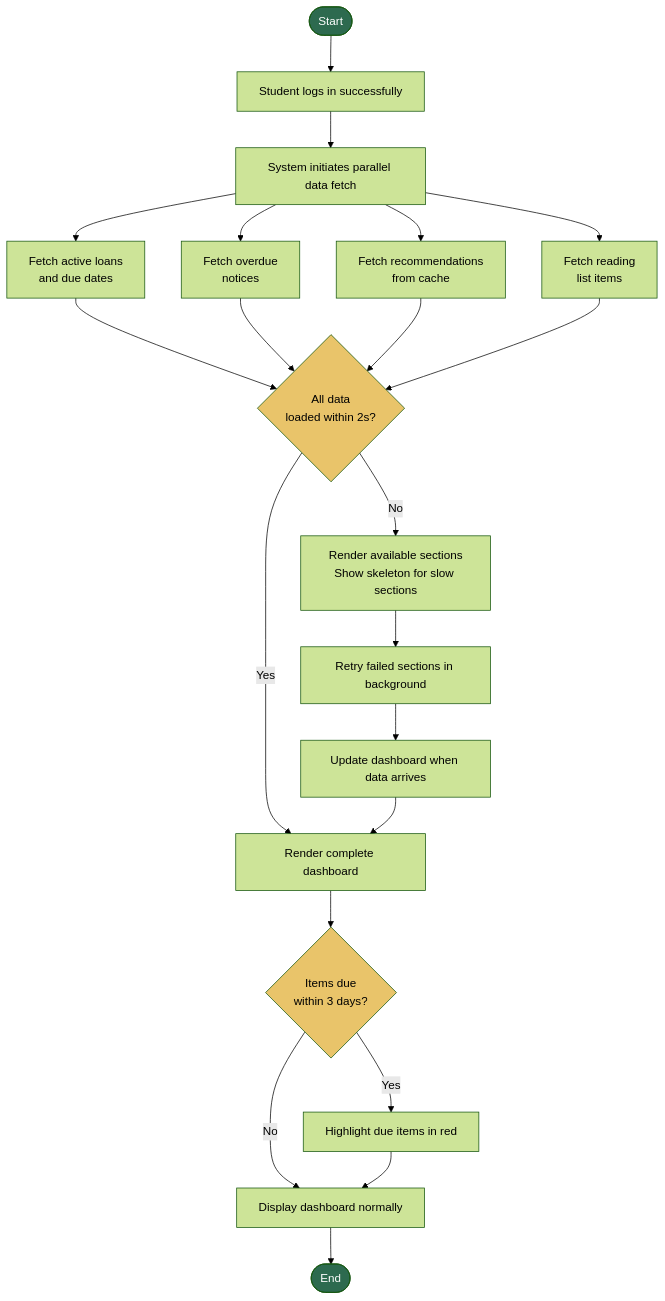
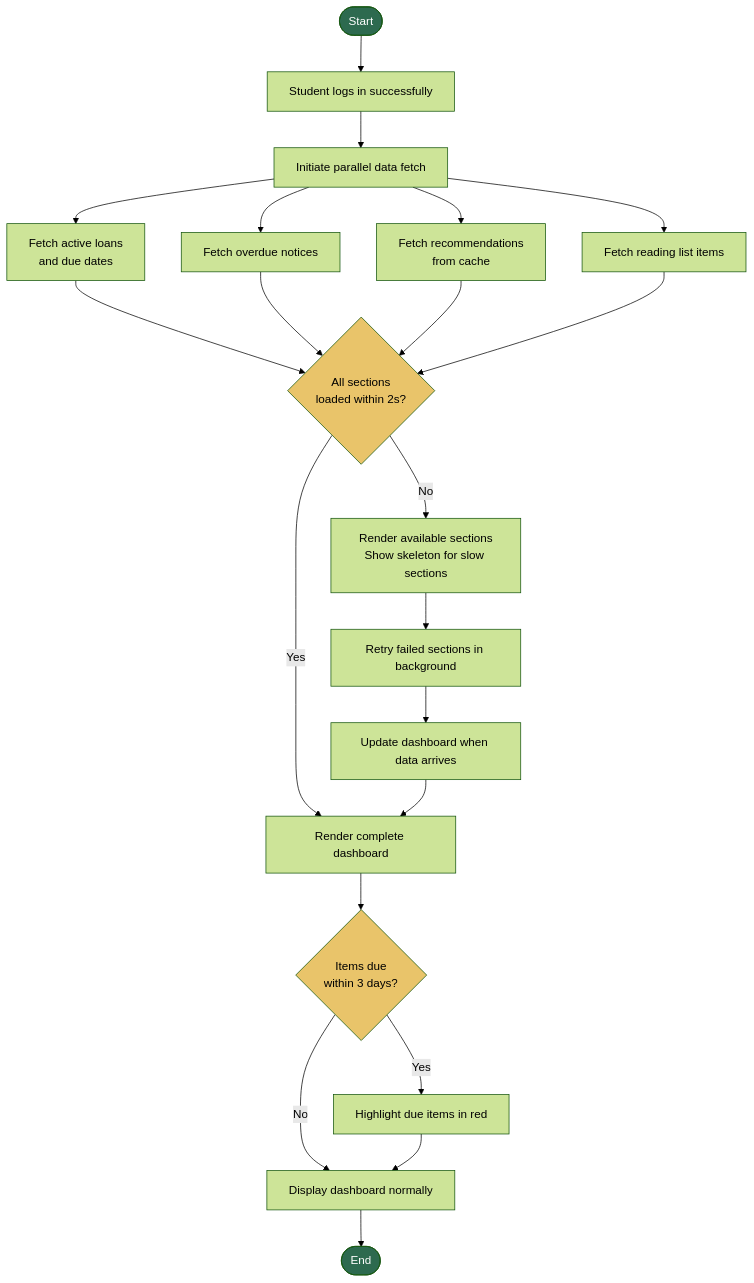
Before and after one commit to 211225347/Smart-Academic-Library-Assistance-System-SALAS-: the fifth of 8 diagrams in ACTIVITY_DIAGRAMS.md, drawn with Mermaid (forest theme). The commit also changed other lines of this file, not shown here.

````diff
--- a/ACTIVITY_DIAGRAMS.md
+++ b/ACTIVITY_DIAGRAMS.md
@@ -188,32 +210,28 @@
 ```mermaid
 flowchart TD
     A([Start]) --> B[Student logs in successfully]
-    B --> C[System initiates parallel data fetch]
-
+    B --> C[Initiate parallel data fetch]
     C --> D[Fetch active loans\nand due dates]
-    C --> E[Fetch overdue\nnotices]
+    C --> E[Fetch overdue notices]
     C --> F[Fetch recommendations\nfrom cache]
-    C --> G[Fetch reading\nlist items]
-
-    D --> H{All data\nloaded within 2s?}
+    C --> G[Fetch reading list items]
+    D --> H{All sections\nloaded within 2s?}
     E --> H
     F --> H
     G --> H
-
     H -- Yes --> I[Render complete dashboard]
     H -- No --> J[Render available sections\nShow skeleton for slow sections]
     J --> K[Retry failed sections in background]
     K --> L[Update dashboard when data arrives]
     L --> I
-
     I --> M{Items due\nwithin 3 days?}
     M -- Yes --> N[Highlight due items in red]
     M -- No --> O[Display dashboard normally]
     N --> O
     O --> Z([End])
 
     style A fill:#2d6a4f,color:#fff
     style Z fill:#2d6a4f,color:#fff
     style H fill:#e9c46a,color:#000
     style M fill:#e9c46a,color:#000
 ```
````
